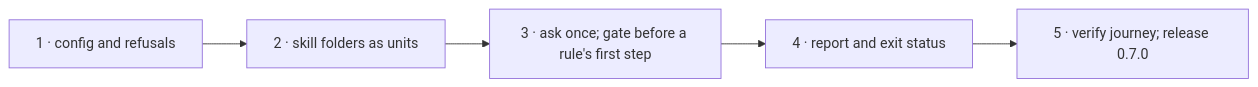
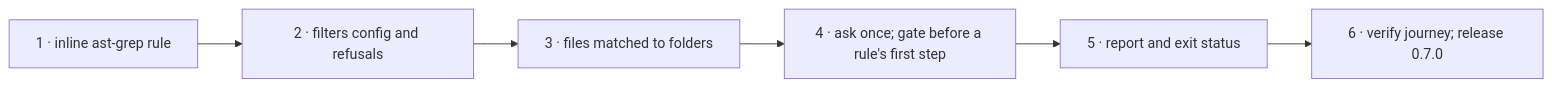
One commit to ShravanSunder/sunstack changed the diagram in docs/specs/2026-11-03-skill-rules/deliverables/1-engine-asks-kind-once/plan.md. Above: the diagram before and after it, drawn with Mermaid. The commit also changed other lines of this file and 22 other files, not shown here.

First line of the commit message:
docs(skill-rules): final filters config, five skill kinds, five evidence kinds, steering removed, general-skill merge in deliverable 2

````diff
--- a/docs/specs/2026-11-03-skill-rules/deliverables/1-engine-asks-kind-once/plan.md
+++ b/docs/specs/2026-11-03-skill-rules/deliverables/1-engine-asks-kind-once/plan.md
@@ -9,4 +9,4 @@
 ```mermaid
 flowchart LR
-  E1["1 · config and refusals"] --> E2["2 · skill folders as units"] --> E3["3 · ask once; gate before a rule's first step"] --> E4["4 · report and exit status"] --> E5["5 · verify journey; release 0.7.0"]
+  E0["1 · inline ast-grep rule"] --> E1["2 · filters config and refusals"] --> E2["3 · files matched to folders"] --> E3["4 · ask once; gate before a rule's first step"] --> E4["5 · report and exit status"] --> E5["6 · verify journey; release 0.7.0"]
 ```
````
